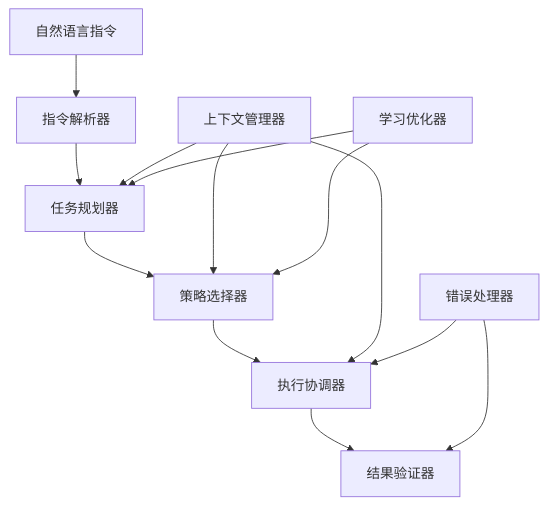
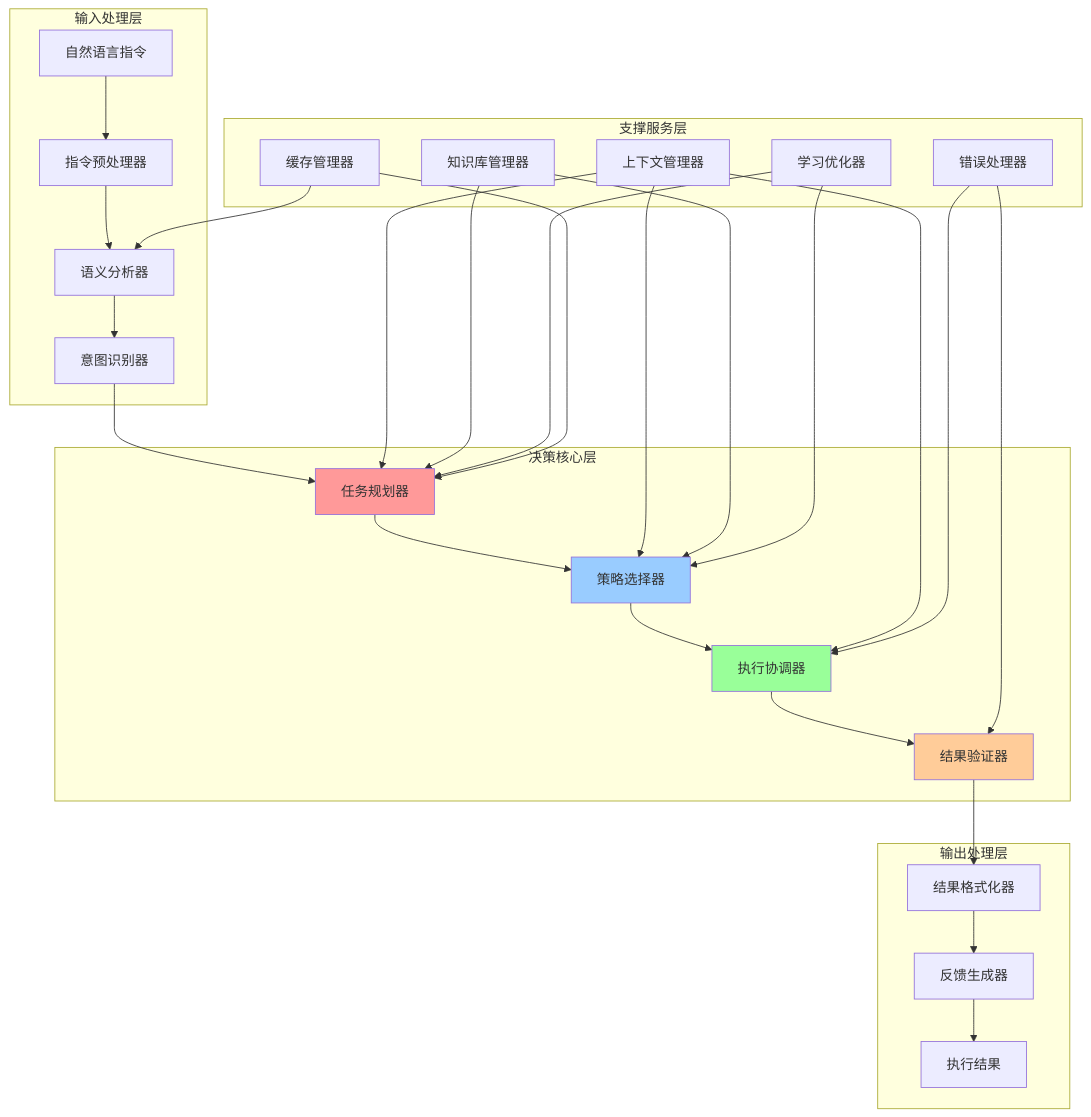
One commit to zhuozp/AI-UI- changed the sixth of 30 diagrams in Tech.md. Above: the diagram before and after it, drawn with Mermaid. The commit also changed other lines of this file, not shown here.

````diff
--- a/Tech.md
+++ b/Tech.md
@@ -370,18 +515,46 @@
 ```mermaid
 graph TB
-    A[自然语言指令] --> B[指令解析器]
-    B --> C[任务规划器]
-    C --> D[策略选择器]
-    D --> E[执行协调器]
-    E --> F[结果验证器]
+    subgraph "输入处理层"
+        A[自然语言指令] --> B[指令预处理器]
+        B --> C[语义分析器]
+        C --> D[意图识别器]
+    end
     
-    G[上下文管理器] --> C
-    G --> D
-    G --> E
+    subgraph "决策核心层"
+        D --> E[任务规划器]
+        E --> F[策略选择器]
+        F --> G[执行协调器]
+        G --> H[结果验证器]
+    end
     
-    H[错误处理器] --> E
-    H --> F
+    subgraph "支撑服务层"
+        I[上下文管理器]
+        J[知识库管理器]
+        K[错误处理器]
+        L[学习优化器]
+        M[缓存管理器]
+    end
     
-    I[学习优化器] --> C
-    I --> D
+    subgraph "输出处理层"
+        H --> N[结果格式化器]
+        N --> O[反馈生成器]
+        O --> P[执行结果]
+    end
+    
+    I --> E
+    I --> F
+    I --> G
+    J --> E
+    J --> F
+    K --> G
+    K --> H
+    L --> E
+    L --> F
+    M --> C
+    M --> E
+    
+    style E fill:#ff9999
+    style F fill:#99ccff
+    style G fill:#99ff99
+    style H fill:#ffcc99
 ```
````
